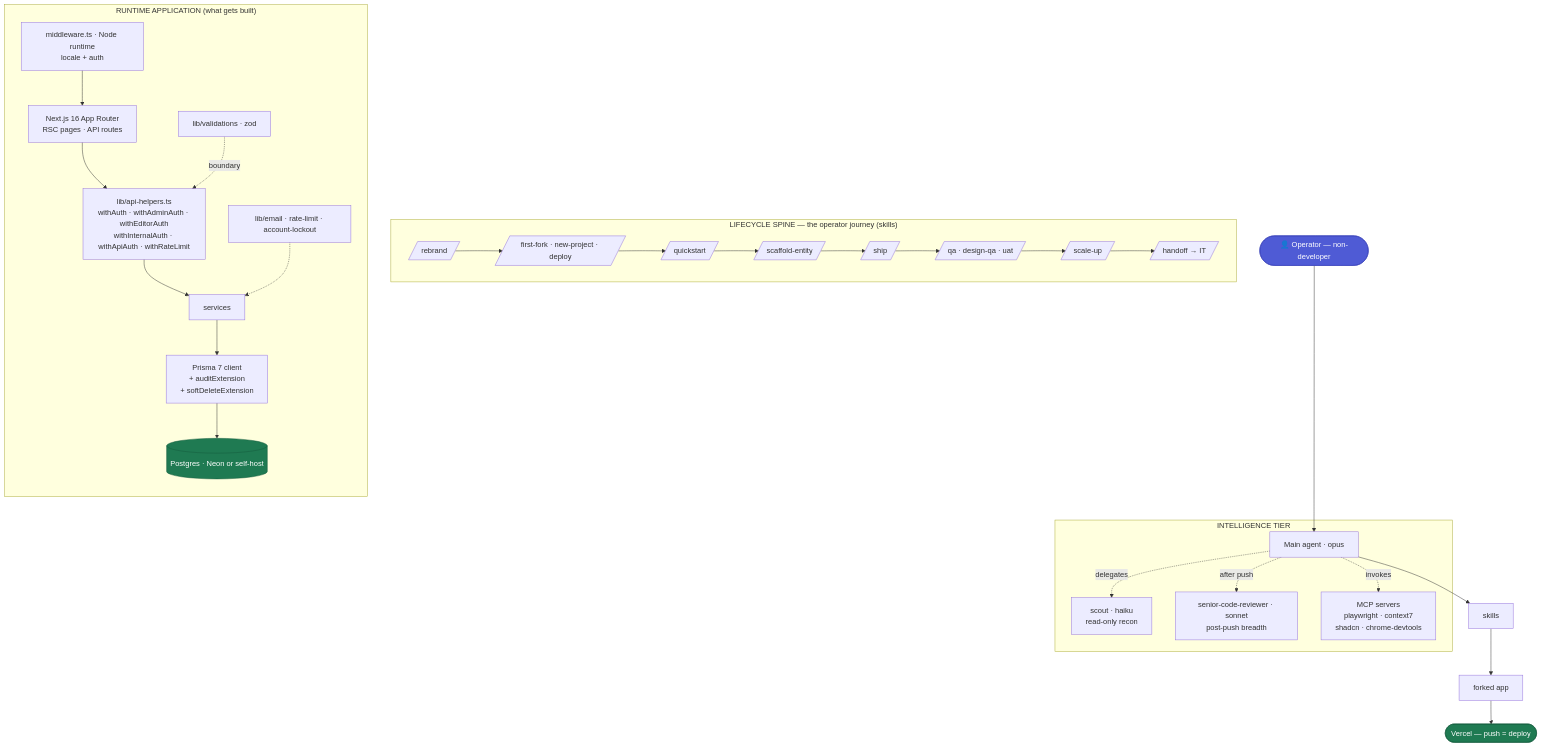
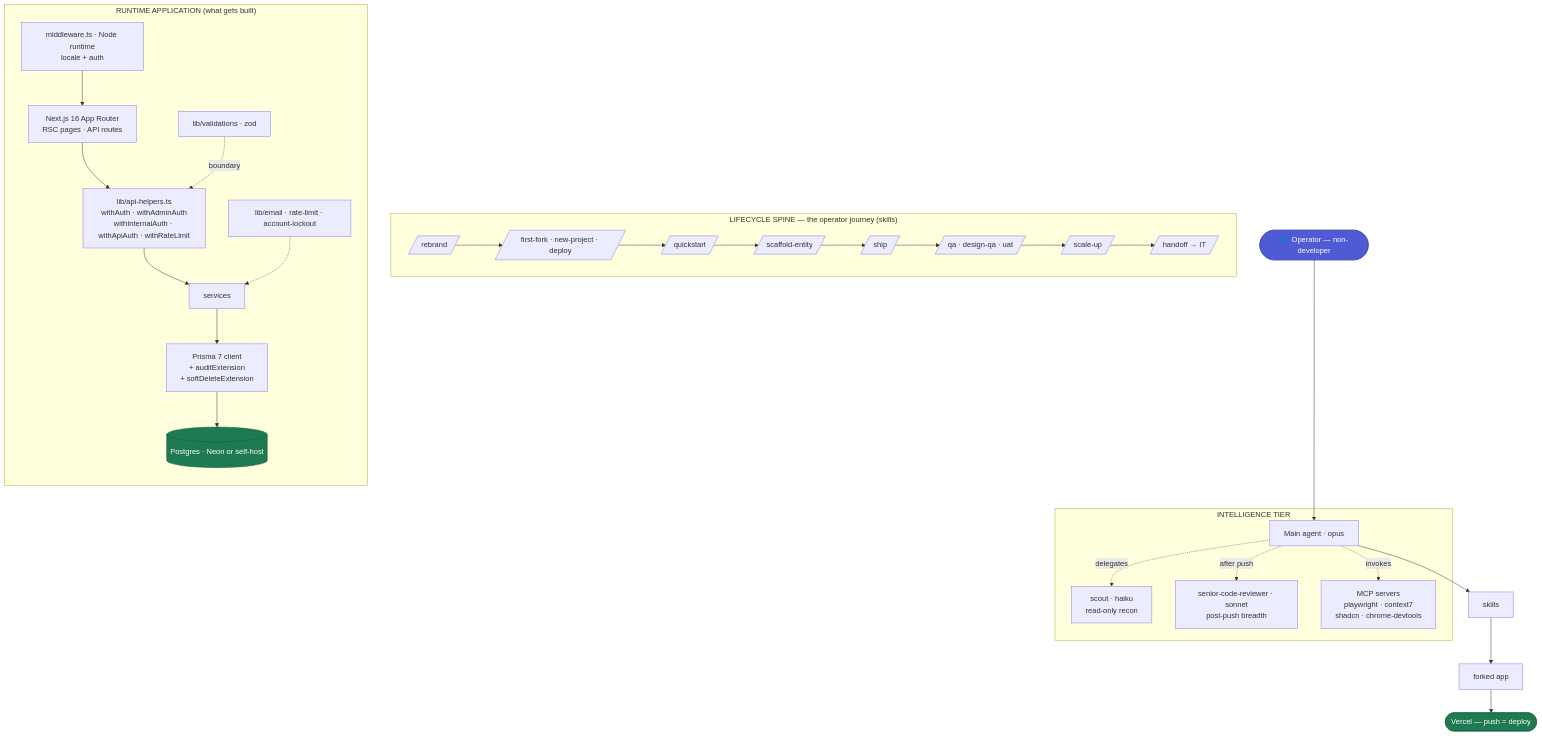
The first of 2 diagrams in docs/ARCHITECTURE.md (Tariq-AlNuaimi/hr-centre), drawn with Mermaid before and after one commit. The commit also changed 35 other files, not shown here.

````diff
--- a/docs/ARCHITECTURE.md
+++ b/docs/ARCHITECTURE.md
@@ -63,41 +63,41 @@
 ```mermaid
 flowchart TB
     OP([👤 Operator — non-developer]) --> MAIN
 
     subgraph L4[" INTELLIGENCE TIER "]
         MAIN[Main agent · opus]
         SCOUT[scout · haiku<br/>read-only recon]
         REV[senior-code-reviewer · sonnet<br/>post-push breadth]
         MCP[MCP servers<br/>playwright · context7<br/>shadcn · chrome-devtools]
         MAIN -.delegates.-> SCOUT
         MAIN -.invokes.-> MCP
         MAIN -.after push.-> REV
     end
 
     MAIN --> SKILLS
 
     subgraph L1[" LIFECYCLE SPINE — the operator journey (skills) "]
         direction LR
         S1[/rebrand/] --> S2[/first-fork · new-project · deploy/] --> S3[/quickstart/] --> S4[/scaffold-entity/] --> S5[/ship/] --> S6[/qa · design-qa · uat/] --> S7[/scale-up/] --> S8[/handoff → IT/]
     end
 
     SKILLS[skills] --> APP
 
     subgraph L2[" RUNTIME APPLICATION (what gets built) "]
         direction TB
         MW[middleware.ts · Node runtime<br/>locale + auth] --> ROUTER
         ROUTER[Next.js 16 App Router<br/>RSC pages · API routes] --> HELP
-        HELP["lib/api-helpers.ts<br/>withAuth · withAdminAuth · withEditorAuth<br/>withInternalAuth · withApiAuth · withRateLimit"] --> SVC
+        HELP["lib/api-helpers.ts<br/>withAuth · withAdminAuth<br/>withInternalAuth · withApiAuth · withRateLimit"] --> SVC
         SVC[services] --> PRISMA
         ZOD[lib/validations · zod] -.boundary.-> HELP
         PRISMA["Prisma 7 client<br/>+ auditExtension<br/>+ softDeleteExtension"] --> PG[(Postgres · Neon or self-host)]
         LIBS[lib/email · rate-limit · account-lockout] -.-> SVC
     end
 
     APP[forked app] --> DEPLOY([Vercel — push = deploy])
 
     classDef op fill:#4f5bd5,stroke:#3a44b8,color:#fff
     classDef data fill:#1f7a52,stroke:#155a3c,color:#fff
     class OP op
     class PG,DEPLOY data
 ```
````
